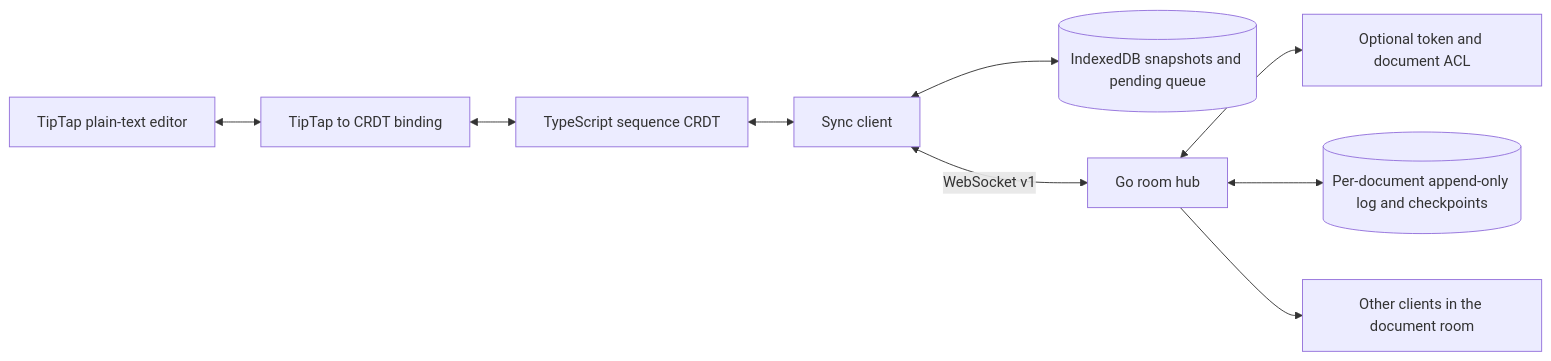
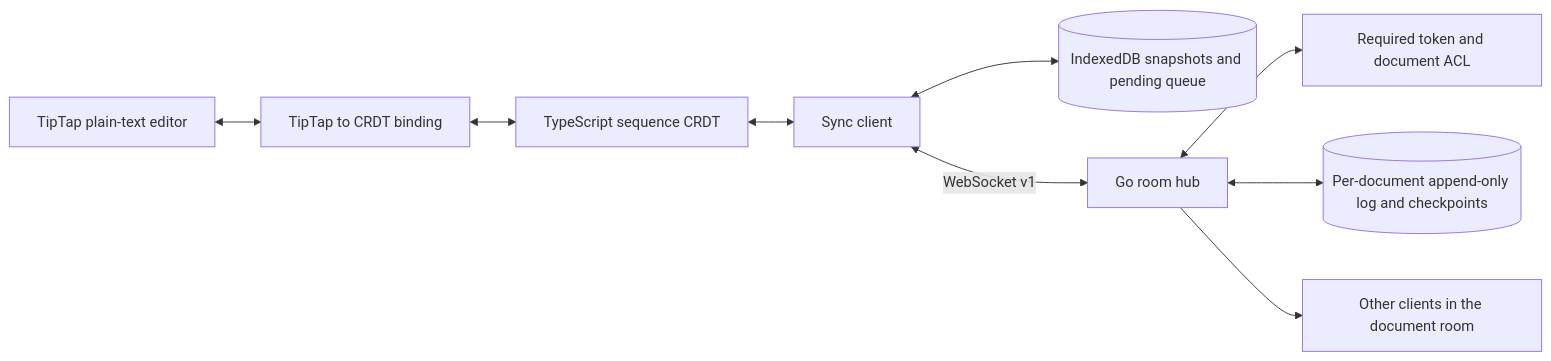
Before and after one commit to konwxmecom/SyncForge: the diagram in BUILD.md, drawn with Mermaid. The commit also changed other lines of this file and 1 other file, not shown here.

Commit message:
docs: clarify required room authorization

````diff
--- a/BUILD.md
+++ b/BUILD.md
@@ -100,11 +100,11 @@
 ```mermaid
 flowchart LR
     Editor[TipTap plain-text editor] <--> Binding[TipTap to CRDT binding]
     Binding <--> Core[TypeScript sequence CRDT]
     Core <--> Client[Sync client]
     Client <--> IndexedDB[(IndexedDB snapshots and pending queue)]
     Client <-->|WebSocket v1| Hub[Go room hub]
-    Hub <--> ACL[Optional token and document ACL]
+    Hub <--> ACL[Required token and document ACL]
     Hub <--> Log[(Per-document append-only log and checkpoints)]
     Hub --> Peer[Other clients in the document room]
 ```
````
